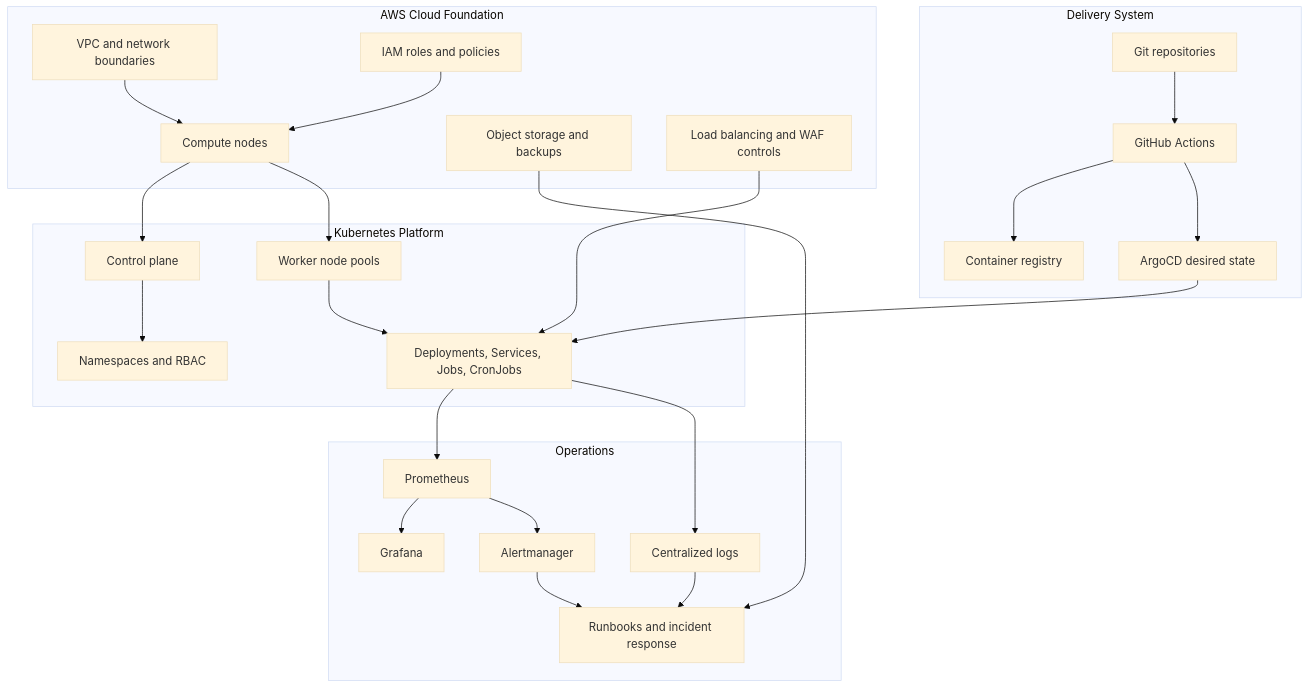
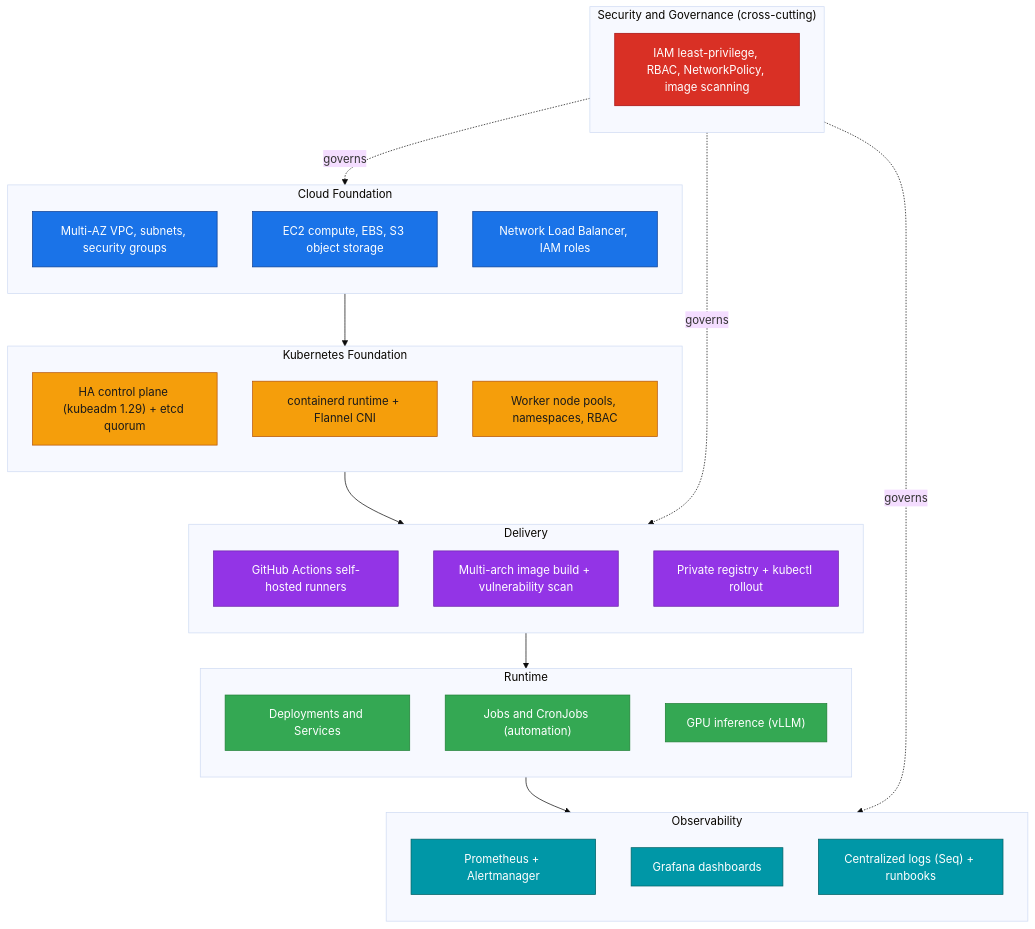
The first of 3 diagrams in docs/architecture.md (mason5052/production-kubernetes-devops-platform), drawn with Mermaid (base theme) before and after one commit. The commit also changed other lines of this file, not shown here.

First line of the commit message:
Expand architecture doc with HA topology and network model

````diff
--- a/docs/architecture.md
+++ b/docs/architecture.md
@@ -49,51 +22,59 @@
 ```mermaid
 flowchart TB
-    subgraph Cloud["AWS Cloud Foundation"]
-        Network["VPC and network boundaries"]
-        Compute["Compute nodes"]
-        Storage["Object storage and backups"]
-        IAM["IAM roles and policies"]
-        Edge["Load balancing and WAF controls"]
+    subgraph l1["Cloud Foundation"]
+        direction TB
+        c1["Multi-AZ VPC, subnets, security groups"]
+        c2["EC2 compute, EBS, S3 object storage"]
+        c3["Network Load Balancer, IAM roles"]
+    end
+    subgraph l2["Kubernetes Foundation"]
+        direction TB
+        k1["HA control plane (kubeadm 1.29) + etcd quorum"]
+        k2["containerd runtime + Flannel CNI"]
+        k3["Worker node pools, namespaces, RBAC"]
+    end
+    subgraph l3["Delivery"]
+        direction TB
+        d1["GitHub Actions self-hosted runners"]
+        d2["Multi-arch image build + vulnerability scan"]
+        d3["Private registry + kubectl rollout"]
+    end
+    subgraph l4["Runtime"]
+        direction TB
+        r1["Deployments and Services"]
+        r2["Jobs and CronJobs (automation)"]
+        r3["GPU inference (vLLM)"]
+    end
+    subgraph l5["Observability"]
+        direction TB
+        o1["Prometheus + Alertmanager"]
+        o2["Grafana dashboards"]
+        o3["Centralized logs (Seq) + runbooks"]
+    end
+    subgraph l6["Security and Governance (cross-cutting)"]
+        direction TB
+        s1["IAM least-privilege, RBAC, NetworkPolicy, image scanning"]
     end
 
-    subgraph Platform["Kubernetes Platform"]
-        Control["Control plane"]
-        Workers["Worker node pools"]
-        Namespaces["Namespaces and RBAC"]
-        Workloads["Deployments, Services, Jobs, CronJobs"]
-    end
+    l1 --> l2
+    l2 --> l3
+    l3 --> l4
+    l4 --> l5
+    l6 -.governs.-> l1
+    l6 -.governs.-> l3
+    l6 -.governs.-> l5
 
-    subgraph Delivery["Delivery System"]
-        Source["Git repositories"]
-        Actions["GitHub Actions"]
-        Registry["Container registry"]
-        GitOps["ArgoCD desired state"]
-    end
+    classDef cloud fill:#1a73e8,stroke:#0b3d91,color:#ffffff;
+    classDef k8s fill:#f59e0b,stroke:#b45309,color:#1a1a1a;
+    classDef del fill:#9334e6,stroke:#6b21a8,color:#ffffff;
+    classDef run fill:#34a853,stroke:#1e7e34,color:#ffffff;
+    classDef obs fill:#0097a7,stroke:#006064,color:#ffffff;
+    classDef sec fill:#d93025,stroke:#a50e0e,color:#ffffff;
 
-    subgraph Ops["Operations"]
-        Metrics["Prometheus"]
-        Dashboards["Grafana"]
-        Alerts["Alertmanager"]
-        Logs["Centralized logs"]
-        Runbooks["Runbooks and incident response"]
-    end
-
-    Network --> Compute
-    IAM --> Compute
-    Edge --> Workloads
-    Compute --> Control
-    Compute --> Workers
-    Control --> Namespaces
-    Workers --> Workloads
-    Source --> Actions
-    Actions --> Registry
-    Actions --> GitOps
-    GitOps --> Workloads
-    Workloads --> Metrics
-    Workloads --> Logs
-    Metrics --> Dashboards
-    Metrics --> Alerts
-    Alerts --> Runbooks
-    Logs --> Runbooks
-    Storage --> Runbooks
+    class c1,c2,c3 cloud;
+    class k1,k2,k3 k8s;
+    class d1,d2,d3 del;
+    class r1,r2,r3 run;
+    class o1,o2,o3 obs;
+    class s1 sec;
 ```
````
